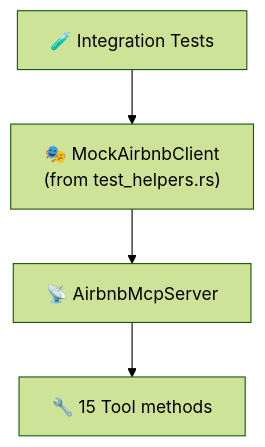
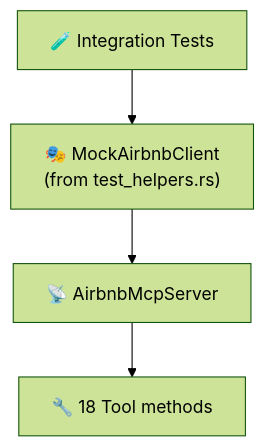
The diagram in tests/README.md (muchiny/mcp-airbnb), drawn with Mermaid (forest theme) before and after one commit. The commit also changed other lines of this file and 5 other files, not shown here.

````diff
--- a/tests/README.md
+++ b/tests/README.md
@@ -15,7 +19,7 @@
 ```mermaid
 flowchart TD
     Tests["🧪 Integration Tests"]
     Tests --> MockClient["🎭 MockAirbnbClient<br/>(from test_helpers.rs)"]
     MockClient --> Server["📡 AirbnbMcpServer"]
-    Server --> Tools["🔧 15 Tool methods"]
+    Server --> Tools["🔧 18 Tool methods"]
 ```
````
